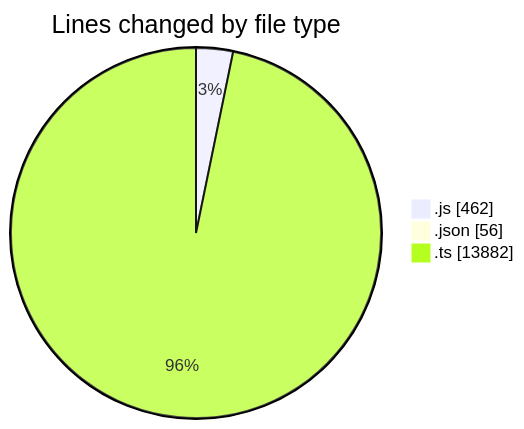
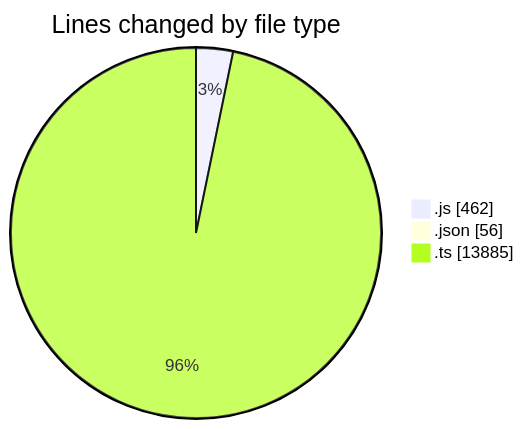
One commit to momahboobian/code-tracking changed the first of 2 diagrams in 2025-09-04/cda/README.md. Above: the diagram before and after it, drawn with Mermaid. The commit also changed other lines of this file and 1 other file, not shown here.

````diff
--- a/2025-09-04/cda/README.md
+++ b/2025-09-04/cda/README.md
@@ -32,7 +32,7 @@
 ```mermaid
 pie showData
 title Lines changed by file type
 ".js" : 462
 ".json" : 56
-".ts" : 13882
+".ts" : 13885
 ```
````
